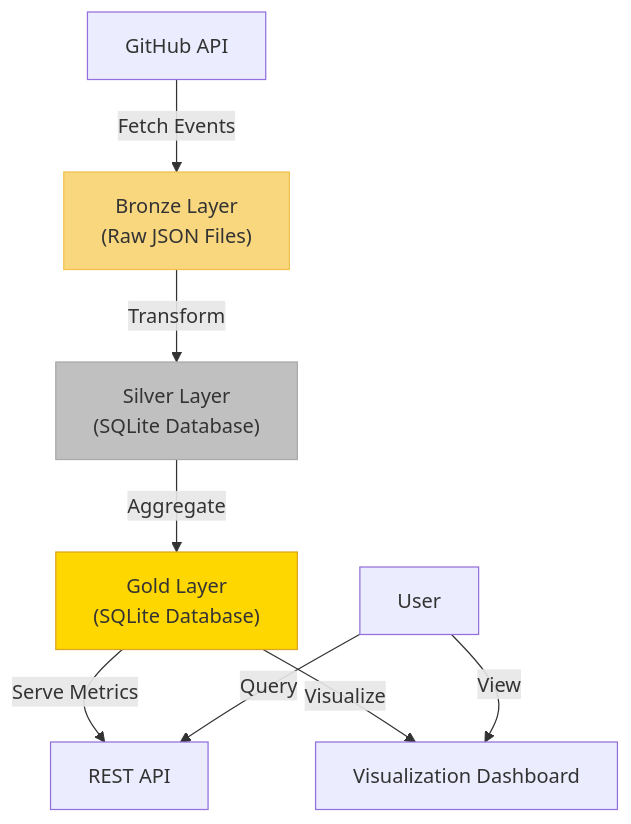
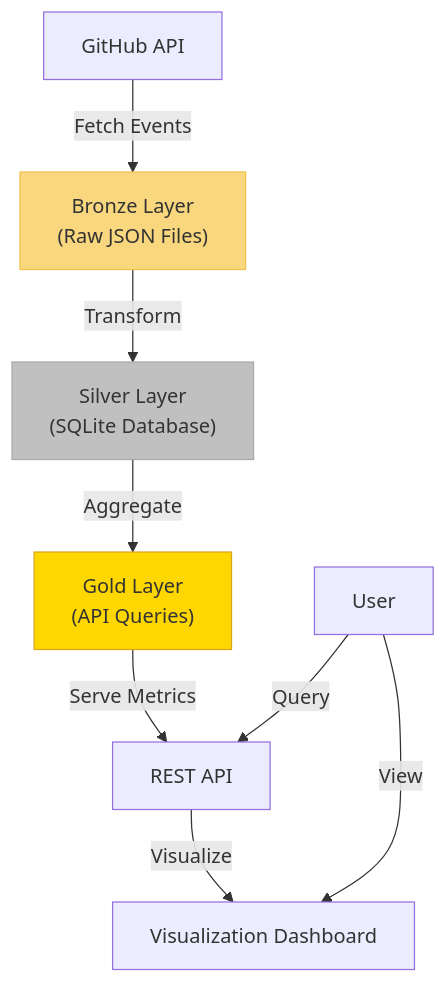
The diagram in architecture.mermaid (yalan2ny/github-event-monitor), drawn with Mermaid before and after one commit.

```diff
--- a/architecture.mermaid
+++ b/architecture.mermaid
@@ -1,20 +1,20 @@
 graph TD
     GitHubAPI["GitHub API"]
     BronzeLayer["Bronze Layer<br>(Raw JSON Files)"]
     SilverLayer["Silver Layer<br>(SQLite Database)"]
-    GoldLayer["Gold Layer<br>(SQLite Database)"]
+    GoldLayer["Gold Layer<br>(API Queries)"]
     API["REST API"]
     Dashboard["Visualization Dashboard"]
     User["User"]
 
     GitHubAPI -->|"Fetch Events"| BronzeLayer
     BronzeLayer -->|"Transform"| SilverLayer
     SilverLayer -->|"Aggregate"| GoldLayer
     GoldLayer -->|"Serve Metrics"| API
-    GoldLayer -->|"Visualize"| Dashboard
+    API -->|"Visualize"| Dashboard
     User -->|"Query"| API
     User -->|"View"| Dashboard
 
     style BronzeLayer fill:#f9d77e,stroke:#f0c14b
     style SilverLayer fill:#c0c0c0,stroke:#a9a9a9
     style GoldLayer fill:#ffd700,stroke:#daa520
```
